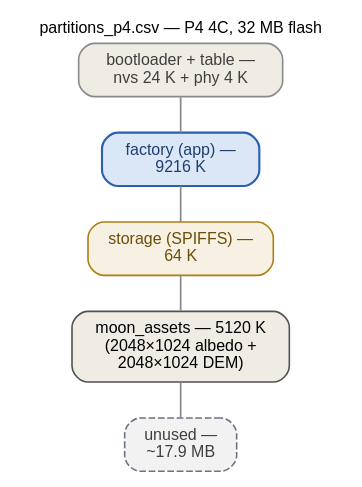
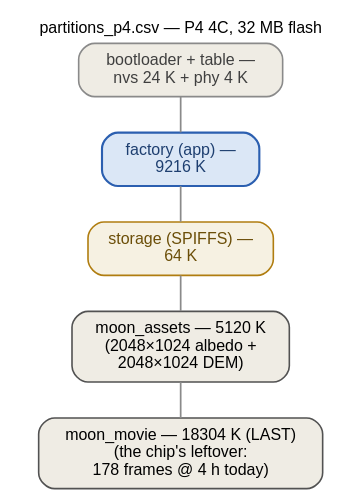
The diagram in docs/_graphs/partition-p4.dot (ukos-git/moon-clock-esp), drawn with Graphviz before and after one commit. The commit also changed 10 other files, not shown here.

First line of the commit message:
feat: the P4 takes its real 32 MB chip — moon_movie row, header bump

```diff
--- a/docs/_graphs/partition-p4.dot
+++ b/docs/_graphs/partition-p4.dot
@@ -1,40 +1,42 @@
 // P4 (32 MB flash) partition layout — partitions_p4.csv, verified
 // against the tracked CSV before drawing: bootloader + partition
 // table (nvs 24 K + phy 4 K), factory app 9216 K, storage SPIFFS
 // 64 K, moon_assets 5120 K (2048x1024 albedo + 2048x1024 DEM =
-// 4096 K combined), then unused. The table ends at 14464 K including
-// the 64 K prefix; ~17.9 MB stays unused. The binary header stays
-// 16 MB, so esptool's size-mismatch warning on this board is
-// EXPECTED, not a fault.
+// 4096 K combined), moon_movie 18304 K — the LAST row, owning the
+// chip's leftover (one synodic cycle of q90 gray JPEGs; 178 frames
+// @ 4 h = 12,842,691 B today; the row starts at 14464 K, PAST the
+// old 16 MB header mark). The table fills the whole 32768 K chip
+// including the 64 K prefix. The binary header is now 32 MB (bumped
+// by the boot-movie wave, 2026-11-25), so esptool's old
+// size-mismatch warning on this board is GONE.
 // FONTS: 12 pt = the page's 16 px body text at 1:1 — kept inside the
 // content column.
 // Rendered inline as SVG by sphinx.ext.graphviz (dot on PATH).
 digraph partitions_p4 {
     rankdir=TB;
     label="partitions_p4.csv — P4 4C, 32 MB flash";
     labelloc="t"; labeljust="c";
     fontname="Helvetica"; fontsize=12;
     graph [nodesep=0.4, ranksep=0.38];
     node [fontname="Helvetica", fontsize=12, shape=box, style="rounded,filled",
           width=0, height=0, margin="0.16,0.10", fillcolor="#f2f2ef",
           color="#525252", penwidth=1.2];
     edge [fontname="Helvetica", fontsize=12, color="#8a8a8a", penwidth=1.3,
           arrowhead=none];
 
     boot    [label="bootloader + table —\nnvs 24 K + phy 4 K",
              fillcolor="#efece4", color="#8a8a8a", fontcolor="#3f3f3f"];
     factory [label="factory (app) —\n9216 K",
              fillcolor="#dbe7f6", color="#2b5fb0", fontcolor="#1e3f70", penwidth=1.6];
     storage [label="storage (SPIFFS) —\n64 K",
              fillcolor="#f6f1e2", color="#b07d10", fontcolor="#6b4e08"];
     assets  [label="moon_assets — 5120 K\n(2048×1024 albedo +\n2048×1024 DEM)",
              fillcolor="#efece4"];
-    free    [label="unused —\n~17.9 MB",
-             fillcolor="#f2f2f2", color="#6b7280", fontcolor="#3f3f3f",
-             style="rounded,filled,dashed"];
+    movie   [label="moon_movie — 18304 K (LAST)\n(the chip's leftover:\n178 frames @ 4 h today)",
+             fillcolor="#efece4"];
 
     boot -> factory;
     factory -> storage;
     storage -> assets;
-    assets -> free;
+    assets -> movie;
 }
```
